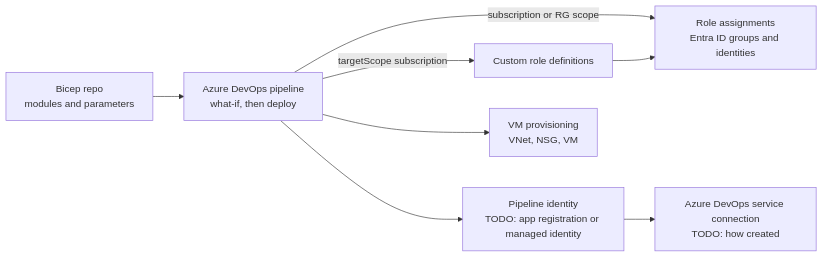
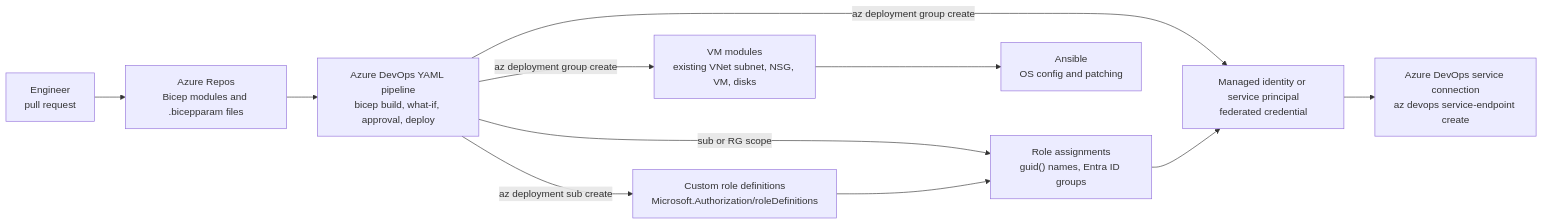
The diagram in my-projects/03-bicep-least-privilege-rbac.md (SivaKumarMahan/interview-questions), drawn with Mermaid before and after one commit. The commit also changed other lines of this file and 13 other files, not shown here.

````diff
--- a/my-projects/03-bicep-least-privilege-rbac.md
+++ b/my-projects/03-bicep-least-privilege-rbac.md
@@ -51,10 +51,13 @@
 ```mermaid
 flowchart LR
-    REPO["Bicep repo<br/>modules and parameters"] --> PIPE["Azure DevOps pipeline<br/>what-if, then deploy"]
-    PIPE -->|"targetScope subscription"| ROLES["Custom role definitions"]
-    PIPE -->|"subscription or RG scope"| ASSIGN["Role assignments<br/>Entra ID groups and identities"]
-    PIPE --> ID["Pipeline identity<br/>TODO: app registration or managed identity"]
-    ID --> SC["Azure DevOps service connection<br/>TODO: how created"]
-    PIPE --> VM["VM provisioning<br/>VNet, NSG, VM"]
+    DEV["Engineer<br/>pull request"] --> REPO["Azure Repos<br/>Bicep modules and .bicepparam files"]
+    REPO --> PIPE["Azure DevOps YAML pipeline<br/>bicep build, what-if, approval, deploy"]
+    PIPE -->|"az deployment sub create"| ROLES["Custom role definitions<br/>Microsoft.Authorization/roleDefinitions"]
+    PIPE -->|"sub or RG scope"| ASSIGN["Role assignments<br/>guid() names, Entra ID groups"]
     ROLES --> ASSIGN
+    PIPE -->|"az deployment group create"| ID["Managed identity or service principal<br/>federated credential"]
+    ID --> SC["Azure DevOps service connection<br/>az devops service-endpoint create"]
+    ASSIGN --> ID
+    PIPE -->|"az deployment group create"| VM["VM modules<br/>existing VNet subnet, NSG, VM, disks"]
+    VM --> ANS["Ansible<br/>OS config and patching"]
 ```
````
